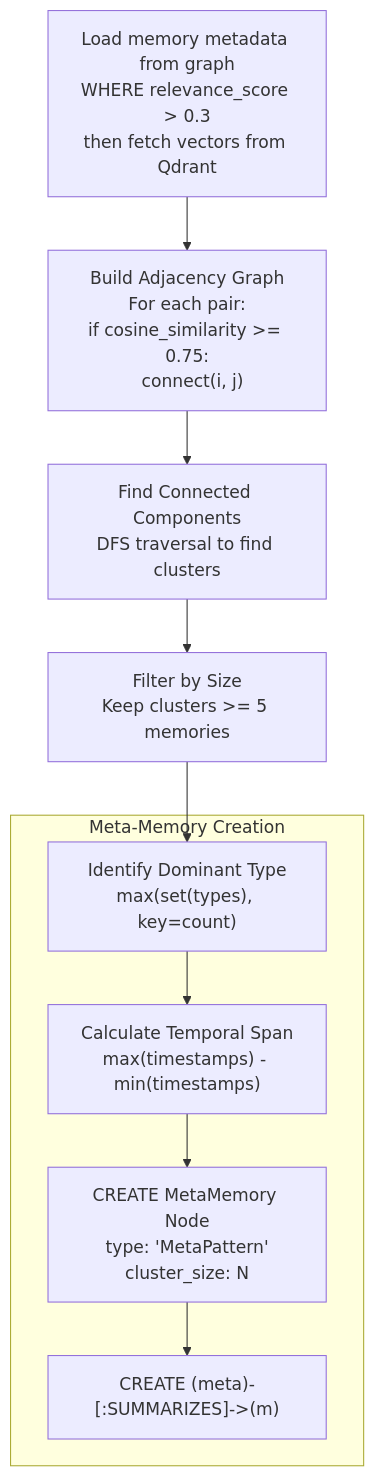
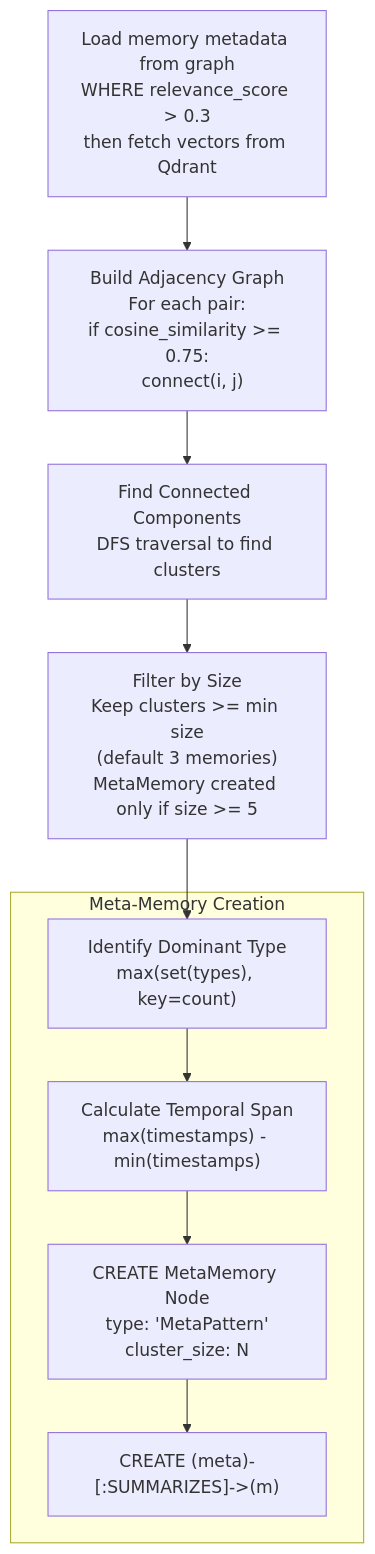
Before and after one commit to verygoodplugins/automem-website: the fourth of 5 diagrams in src/content/docs/docs/core-concepts/consolidation.md, drawn with Mermaid. The commit also changed other lines of this file and 11 other files, not shown here.

````diff
--- a/src/content/docs/docs/core-concepts/consolidation.md
+++ b/src/content/docs/docs/core-concepts/consolidation.md
@@ -262,25 +262,25 @@
 ```mermaid
 graph TB
     Load["Load memory metadata from graph<br/>WHERE relevance_score > 0.3<br/>then fetch vectors from Qdrant"]
 
     Build["Build Adjacency Graph<br/>For each pair:<br/>if cosine_similarity >= 0.75:<br/>  connect(i, j)"]
 
     DFS["Find Connected Components<br/>DFS traversal to find clusters"]
 
-    Filter["Filter by Size<br/>Keep clusters >= 5 memories"]
+    Filter["Filter by Size<br/>Keep clusters >= min size<br/>(default 3 memories)<br/>MetaMemory created only if size >= 5"]
 
     subgraph "Meta-Memory Creation"
         Theme["Identify Dominant Type<br/>max(set(types), key=count)"]
         Span["Calculate Temporal Span<br/>max(timestamps) - min(timestamps)"]
         Create["CREATE MetaMemory Node<br/>type: 'MetaPattern'<br/>cluster_size: N"]
         Link["CREATE (meta)-[:SUMMARIZES]->(m)"]
     end
 
     Load --> Build
     Build --> DFS
     DFS --> Filter
     Filter --> Theme
     Theme --> Span
     Span --> Create
     Create --> Link
 ```
````
